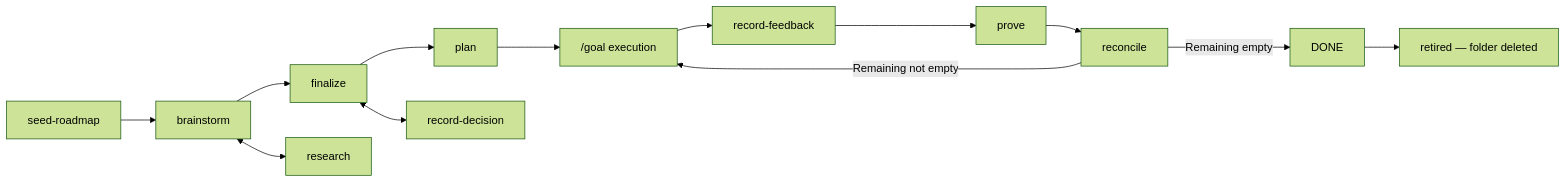
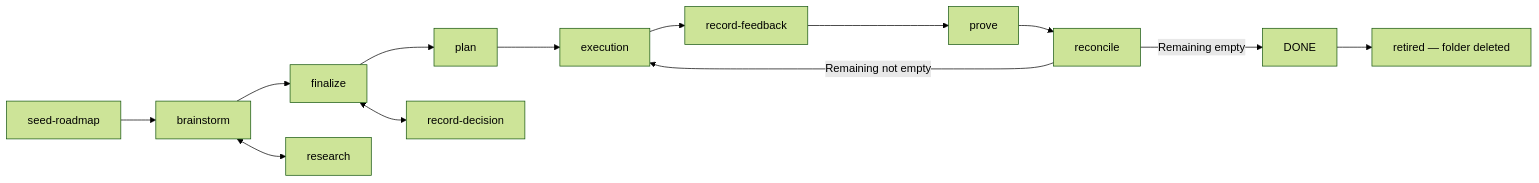
The second of 2 diagrams in docs/content/docs/choosing.mdx (tailrocks/tailrocks-skills), drawn with Mermaid (forest theme) before and after one commit. The commit also changed 36 other files, not shown here.

````diff
--- a/docs/content/docs/choosing.mdx
+++ b/docs/content/docs/choosing.mdx
@@ -427,9 +427,9 @@
 ```mermaid
 flowchart LR
-  seed["seed-roadmap"] --> brainstorm --> finalize --> plan --> exec["/goal execution"]
+  seed["seed-roadmap"] --> brainstorm --> finalize --> plan --> exec["execution"]
   exec --> feedback["record-feedback"] --> prove --> reconcile
   reconcile -->|Remaining not empty| exec
   reconcile -->|Remaining empty| done["DONE"] --> retire["retired — folder deleted"]
   brainstorm <--> research
   finalize <--> decision["record-decision"]
 ```
````
